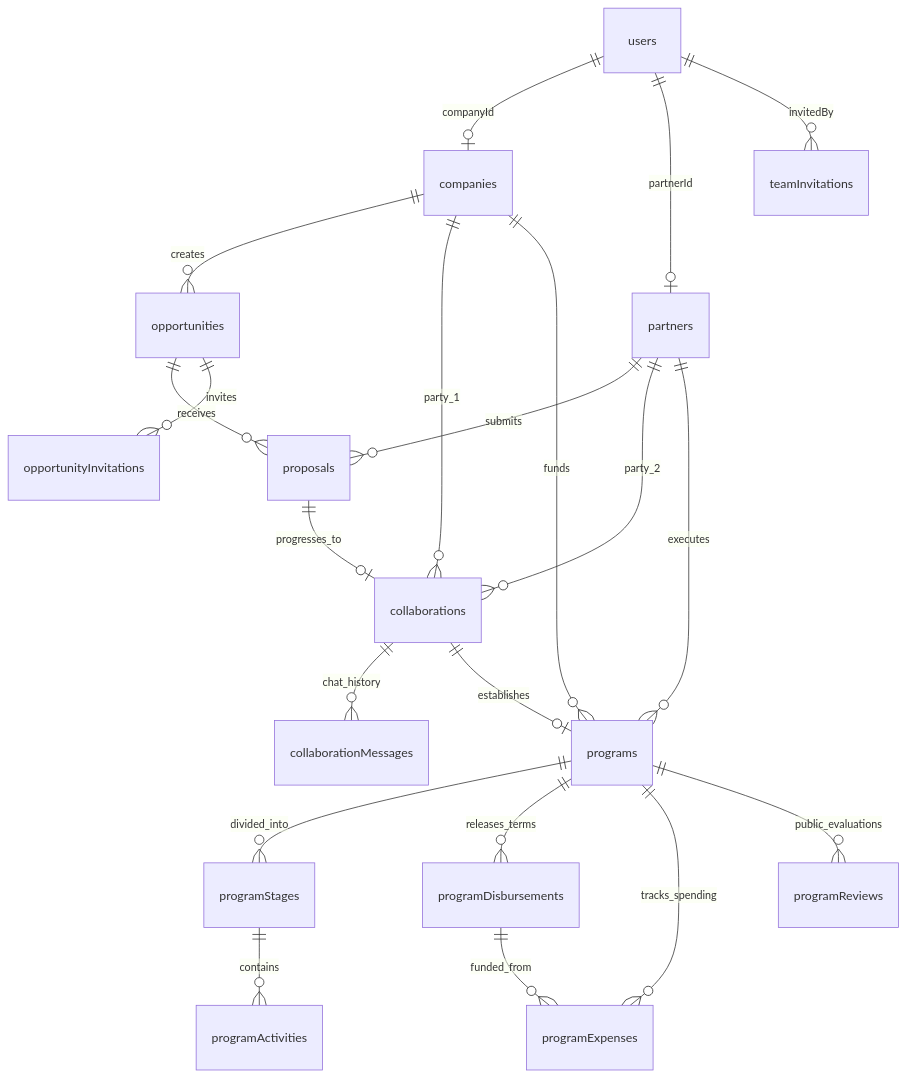
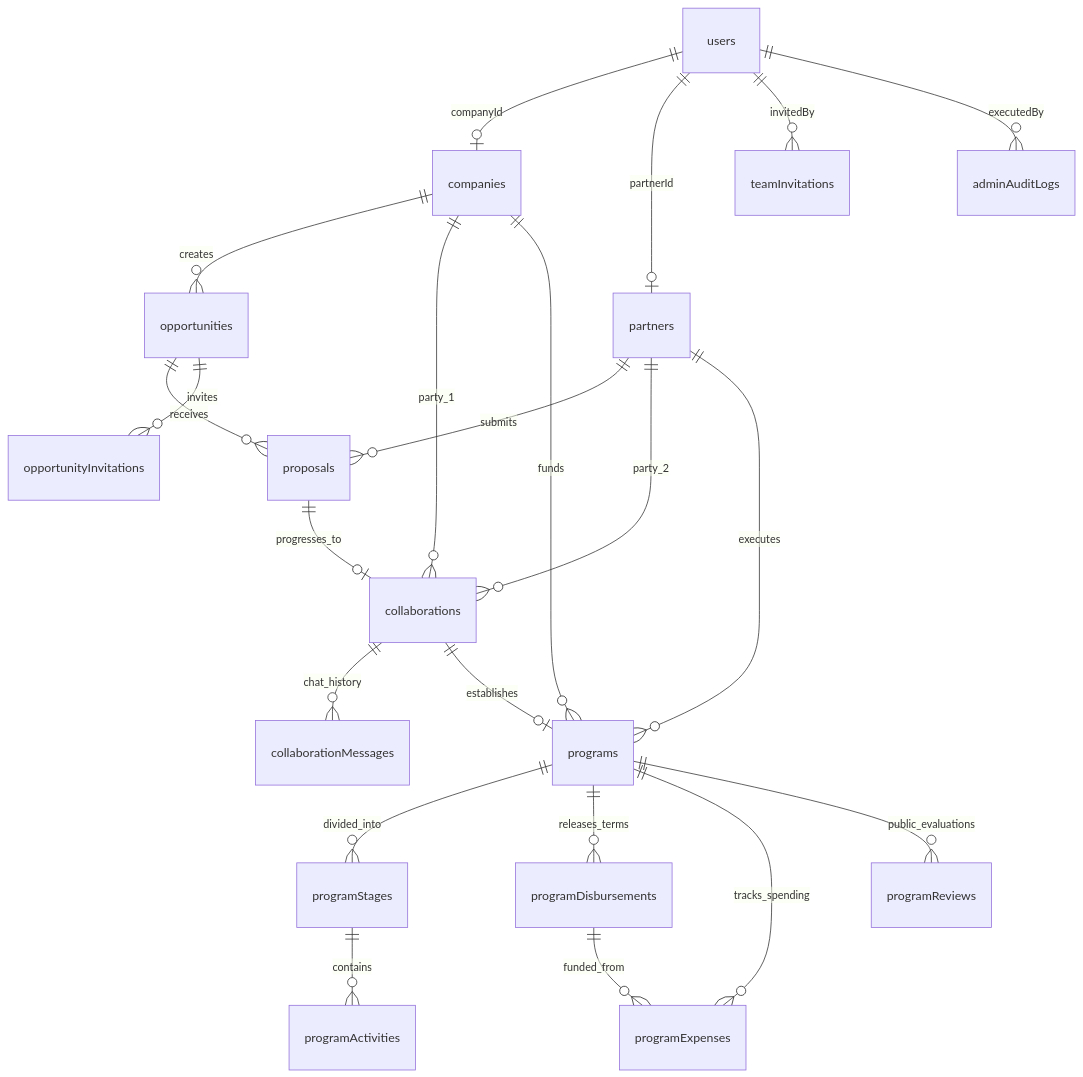
Before and after one commit to Khaerul743/project-csr: the diagram in docs/database-schema.md, drawn with Mermaid. The commit also changed other lines of this file and 54 other files, not shown here.

````diff
--- a/docs/database-schema.md
+++ b/docs/database-schema.md
@@ -9,30 +9,31 @@
 ```mermaid
 erDiagram
     users ||--o| companies : "companyId"
     users ||--o| partners : "partnerId"
     users ||--o{ teamInvitations : "invitedBy"
+    users ||--o{ adminAuditLogs : "executedBy"
 
     companies ||--o{ opportunities : "creates"
     companies ||--o{ collaborations : "party_1"
     companies ||--o{ programs : "funds"
 
     partners ||--o{ proposals : "submits"
     partners ||--o{ collaborations : "party_2"
     partners ||--o{ programs : "executes"
 
     opportunities ||--o{ proposals : "receives"
     opportunities ||--o{ opportunityInvitations : "invites"
 
     proposals ||--o| collaborations : "progresses_to"
     collaborations ||--o{ collaborationMessages : "chat_history"
     collaborations ||--o| programs : "establishes"
 
     programs ||--o{ programStages : "divided_into"
     programStages ||--o{ programActivities : "contains"
 
     programs ||--o{ programDisbursements : "releases_terms"
     programDisbursements ||--o{ programExpenses : "funded_from"
     programs ||--o{ programExpenses : "tracks_spending"
 
     programs ||--o{ programReviews : "public_evaluations"
 ```
````
